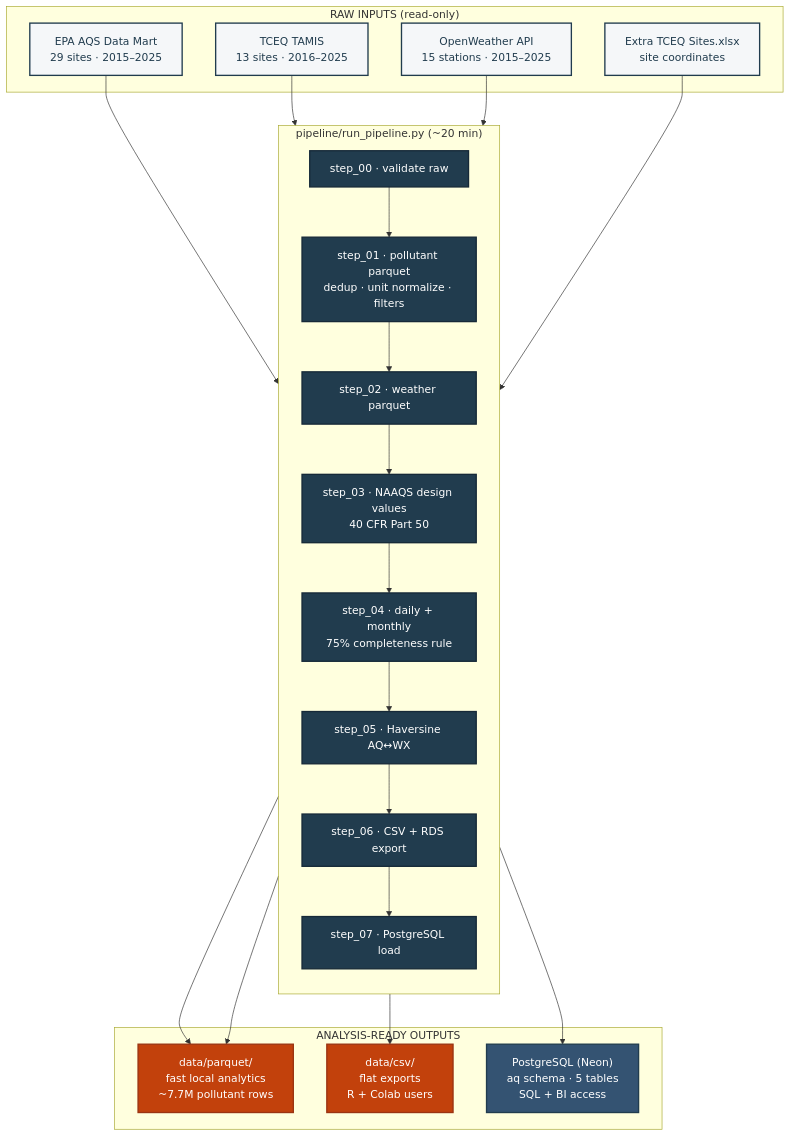
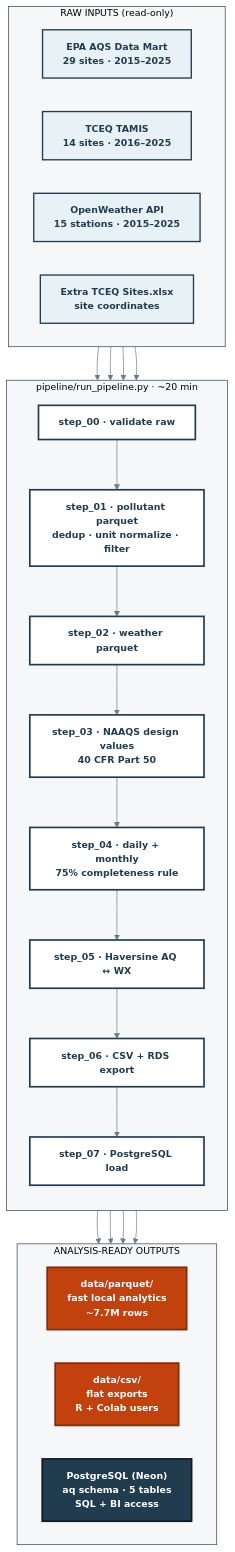
One commit to AidanJMeyers/south-texas-aq-pipeline changed the diagram in pipeline/docs/index.md. Above: the diagram before and after it, drawn with Mermaid.

First paragraph of the commit message:
docs: improve Mermaid pipeline schematic contrast and readability
The previous version used dark navy fills (#213c4e) for every pipeline
step with white text, which rendered as nearly-black boxes with
unreadable text in the user's screenshot. Fixed by flipping the
contrast direction:

````diff
--- a/pipeline/docs/index.md
+++ b/pipeline/docs/index.md
@@ -24,49 +24,61 @@
 ```mermaid
+%%{init: {'theme':'base','themeVariables':{
+    'fontFamily':'Arial, sans-serif',
+    'fontSize':'14px',
+    'primaryColor':'#FFFFFF',
+    'primaryTextColor':'#213c4e',
+    'primaryBorderColor':'#213c4e',
+    'lineColor':'#6b7a85',
+    'clusterBkg':'#F5F7F9',
+    'clusterBorder':'#213c4e'
+}}}%%
 flowchart TD
-    classDef input fill:#F5F7F9,stroke:#213c4e,stroke-width:2px,color:#213c4e
-    classDef step fill:#213c4e,stroke:#162938,stroke-width:2px,color:#FFFFFF
-    classDef output fill:#c2410c,stroke:#9a3412,stroke-width:2px,color:#FFFFFF
-    classDef db fill:#345372,stroke:#213c4e,stroke-width:2px,color:#FFFFFF
+    classDef input  fill:#E8F1F5,stroke:#213c4e,stroke-width:2px,color:#213c4e,font-weight:600
+    classDef step   fill:#FFFFFF,stroke:#213c4e,stroke-width:2.5px,color:#213c4e,font-weight:600
+    classDef output fill:#c2410c,stroke:#7c2d0b,stroke-width:2.5px,color:#FFFFFF,font-weight:700
+    classDef db     fill:#213c4e,stroke:#0d1a24,stroke-width:2.5px,color:#FFFFFF,font-weight:700
 
-    subgraph INPUTS["RAW INPUTS (read-only)"]
-        A1["EPA AQS Data Mart<br/>29 sites · 2015–2025"]
-        A2["TCEQ TAMIS<br/>13 sites · 2016–2025"]
-        A3["OpenWeather API<br/>15 stations · 2015–2025"]
-        A4["Extra TCEQ Sites.xlsx<br/>site coordinates"]
+    subgraph INPUTS["&nbsp;RAW INPUTS (read-only)&nbsp;"]
+        direction LR
+        A1["<b>EPA AQS Data Mart</b><br/>29 sites · 2015–2025"]
+        A2["<b>TCEQ TAMIS</b><br/>14 sites · 2016–2025"]
+        A3["<b>OpenWeather API</b><br/>15 stations · 2015–2025"]
+        A4["<b>Extra TCEQ Sites.xlsx</b><br/>site coordinates"]
     end
 
-    subgraph PIPELINE["pipeline/run_pipeline.py (~20 min)"]
+    subgraph PIPELINE["&nbsp;pipeline/run_pipeline.py · ~20 min&nbsp;"]
         direction TB
-        S0["step_00 · validate raw"]
-        S1["step_01 · pollutant parquet<br/>dedup · unit normalize · filters"]
-        S2["step_02 · weather parquet"]
-        S3["step_03 · NAAQS design values<br/>40 CFR Part 50"]
-        S4["step_04 · daily + monthly<br/>75% completeness rule"]
-        S5["step_05 · Haversine AQ↔WX"]
-        S6["step_06 · CSV + RDS export"]
-        S7["step_07 · PostgreSQL load"]
+        S0["<b>step_00</b> · validate raw"]
+        S1["<b>step_01</b> · pollutant parquet<br/>dedup · unit normalize · filter"]
+        S2["<b>step_02</b> · weather parquet"]
+        S3["<b>step_03</b> · NAAQS design values<br/>40 CFR Part 50"]
+        S4["<b>step_04</b> · daily + monthly<br/>75% completeness rule"]
+        S5["<b>step_05</b> · Haversine AQ ↔ WX"]
+        S6["<b>step_06</b> · CSV + RDS export"]
+        S7["<b>step_07</b> · PostgreSQL load"]
 
         S0 --> S1 --> S2 --> S3 --> S4 --> S5 --> S6 --> S7
     end
 
-    subgraph OUTPUTS["ANALYSIS-READY OUTPUTS"]
-        O1["data/parquet/<br/>fast local analytics<br/>~7.7M pollutant rows"]
-        O2["data/csv/<br/>flat exports<br/>R + Colab users"]
-        O3["PostgreSQL (Neon)<br/>aq schema · 5 tables<br/>SQL + BI access"]
+    subgraph OUTPUTS["&nbsp;ANALYSIS-READY OUTPUTS&nbsp;"]
+        direction LR
+        O1["<b>data/parquet/</b><br/>fast local analytics<br/>~7.7M rows"]
+        O2["<b>data/csv/</b><br/>flat exports<br/>R + Colab users"]
+        O3["<b>PostgreSQL (Neon)</b><br/>aq schema · 5 tables<br/>SQL + BI access"]
     end
 
     A1 --> S0
     A2 --> S0
     A3 --> S2
     A4 --> S5
 
     S2 --> O1
     S5 --> O1
     S6 --> O2
     S7 --> O3
 
     class A1,A2,A3,A4 input
     class S0,S1,S2,S3,S4,S5,S6,S7 step
     class O1,O2 output
     class O3 db
 ```
````
